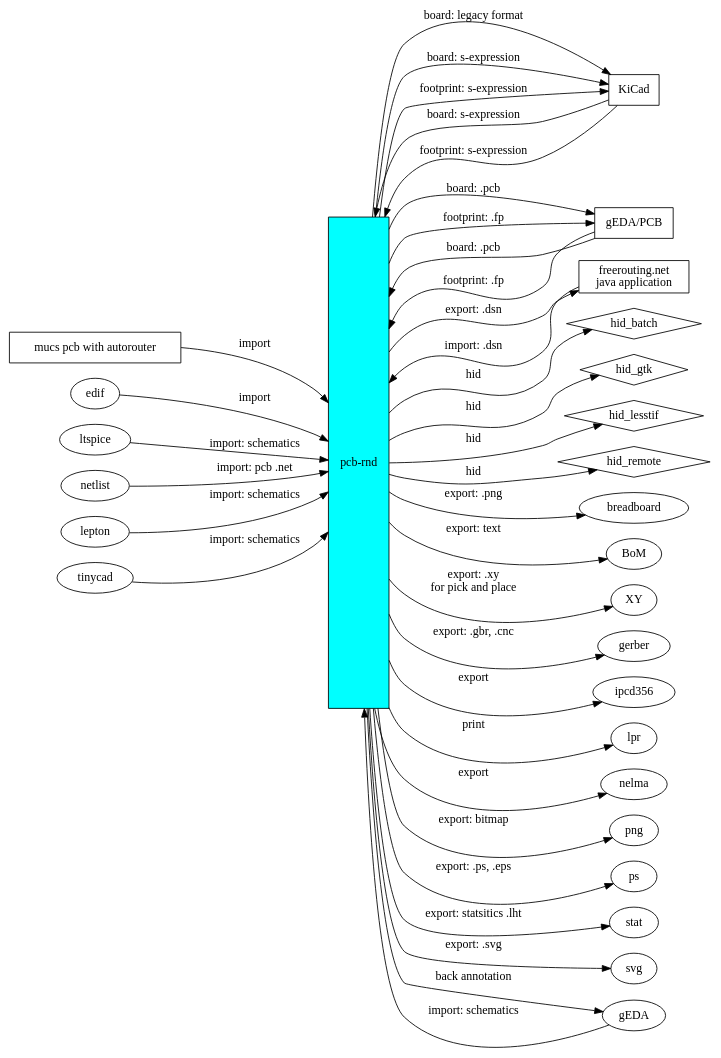
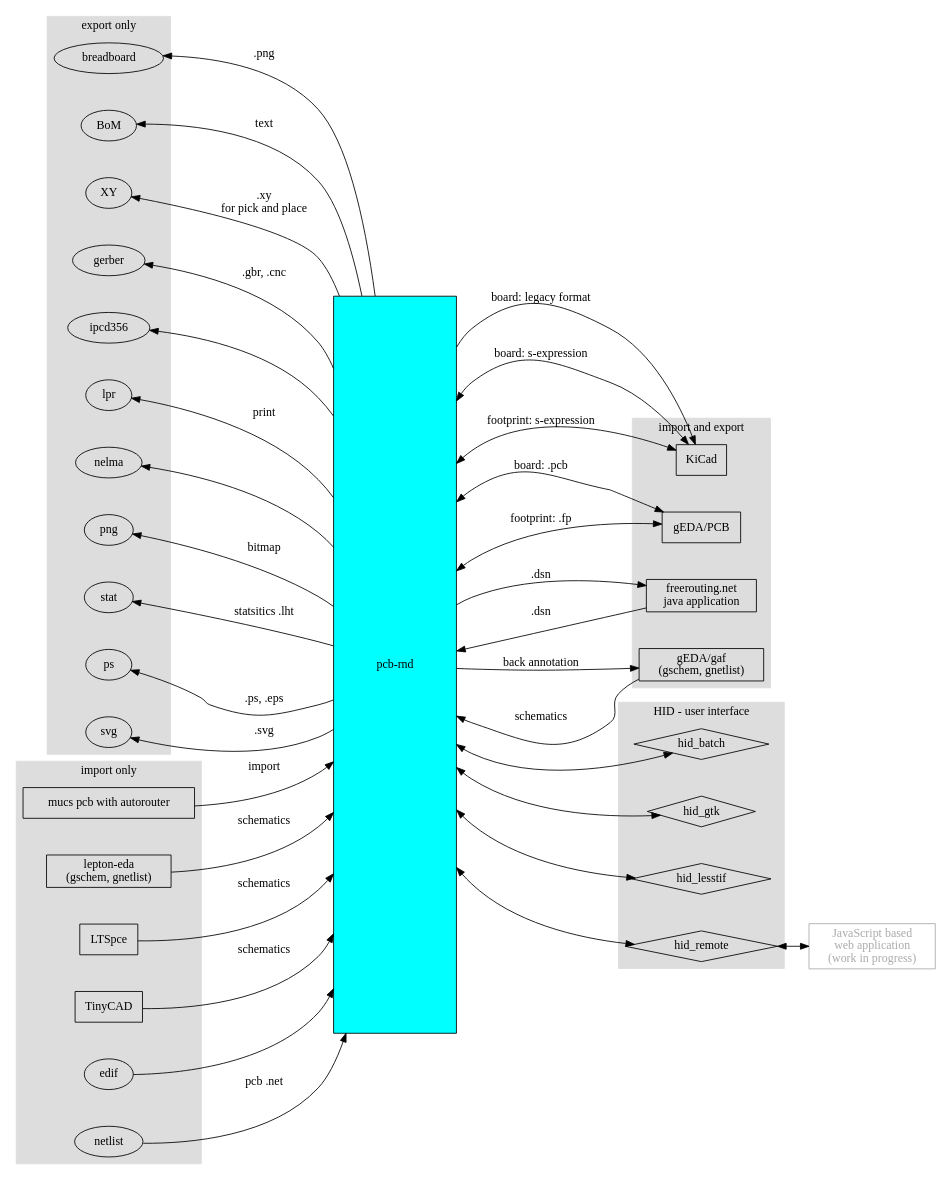
The diagram in doc/developer/bridges/bridges.dot (NoSuchProcess/pcb-rnd), drawn with Graphviz before and after one commit. The commit also changed 1 other file, not shown here.

```diff
--- a/doc/developer/bridges/bridges.dot
+++ b/doc/developer/bridges/bridges.dot
@@ -1,54 +1,110 @@
 digraph gr {
 	rankdir=LR
+	nodesep=0.6
 	
-	pcbrnd [label="pcb-rnd" style=filled fillcolor=cyan shape=box height=8]
+	pcbrnd [label="pcb-rnd" style=filled fillcolor=cyan shape=box height=12 width=2]
 	kicad [label="KiCad" shape=box]
 	pcb [label="gEDA/PCB" shape=box]
 	freerouting [label="freerouting.net\njava application" shape=box]
 	mucs [label="mucs pcb with autorouter" shape=box]
+	gEDA [label="gEDA/gaf\n(gschem, gnetlist)" shape=box]
+	lepton [label="lepton-eda\n(gschem, gnetlist)" shape=box]
+	ltspice [label="LTSpce" shape=box]
+	tinycad [label="TinyCAD" shape=box]
+	web [label="JavaScript based\nweb application\n(work in progress)" shape=box color="#aaaaaa" fontcolor="#aaaaaa"]
 
-	batch   [label="hid_batch" shape=diamond]
-	gtk     [label="hid_gtk" shape=diamond]
-	lesstif [label="hid_lesstif" shape=diamond]
-	remote  [label="hid_remote" shape=diamond]
+
+	subgraph cluster_HID {
+		label = "HID - user interface"
+		style=filled
+		color="#dddddd"
+
+		batch   [label="hid_batch" shape=diamond]
+		gtk     [label="hid_gtk" shape=diamond]
+		lesstif [label="hid_lesstif" shape=diamond]
+		remote  [label="hid_remote" shape=diamond]
+	}
+
+	subgraph cluster_import {
+		label = "import only"
+		style=filled
+		color="#dddddd"
+
+		lepton
+		mucs
+		edif
+		ltspice
+		netlist
+		tinycad
+	}
+
+	subgraph cluster_export {
+		label = "export only"
+		style=filled
+		color="#dddddd"
+
+		breadboard
+		BoM
+		XY
+		gerber
+		ipcd356
+		lpr
+		nelma
+		png
+		ps
+		stat
+		svg
+	}
+
+	subgraph cluster_ie {
+		label = "import and export"
+		style=filled
+		color="#dddddd"
+
+		gEDA
+		kicad
+		pcb
+		freerouting
+	}
 
 	pcbrnd -> kicad [label="board: legacy format"]
-	pcbrnd -> kicad [label="board: s-expression"]
-	kicad -> pcbrnd [label="board: s-expression"]
-	pcbrnd -> kicad [label="footprint: s-expression"]
-	kicad -> pcbrnd [label="footprint: s-expression"]
+	pcbrnd -> kicad [label="board: s-expression" dir=both]
+	pcbrnd -> kicad [label="footprint: s-expression" dir=both]
 
-	pcbrnd -> pcb [label="board: .pcb"]
-	pcbrnd -> pcb [label="footprint: .fp"]
-	pcb -> pcbrnd [label="board: .pcb"]
-	pcb -> pcbrnd [label="footprint: .fp"]
 
-	pcbrnd -> freerouting [label="export: .dsn"]
-	freerouting -> pcbrnd [label="import: .dsn"]
+	pcbrnd -> pcb [label="board: .pcb" dir=both]
+	pcbrnd -> pcb [label="footprint: .fp" dir=both]
+
+	pcbrnd -> freerouting [label=".dsn"]
+	freerouting -> pcbrnd [label=".dsn"]
 	mucs -> pcbrnd [label="import"]
 
-	pcbrnd -> breadboard [label="export: .png"]
-	pcbrnd -> BoM [label="export: text"]
-	pcbrnd -> XY [label="export: .xy\nfor pick and place"]
-	pcbrnd -> gerber [label="export: .gbr, .cnc"]
-	pcbrnd -> ipcd356 [label="export"]
+	pcbrnd -> breadboard [label=".png"]
+	pcbrnd -> BoM [label="text"]
+	pcbrnd -> XY [label=".xy\nfor pick and place"]
+	pcbrnd -> gerber [label=".gbr, .cnc"]
+	pcbrnd -> ipcd356
 	pcbrnd -> lpr [label="print"]
-	pcbrnd -> nelma [label="export"]
-	pcbrnd -> png [label="export: bitmap"]
-	pcbrnd -> ps [label="export: .ps, .eps"]
-	pcbrnd -> stat [label="export: statsitics .lht"]
-	pcbrnd -> svg [label="export: .svg"]
+	pcbrnd -> nelma
+	pcbrnd -> png [label="bitmap"]
+	pcbrnd -> ps [label=".ps, .eps"]
+	pcbrnd -> stat [label="statsitics .lht"]
+	pcbrnd -> svg [label=".svg"]
 
-	edif -> pcbrnd [label="import"]
-	ltspice -> pcbrnd [label="import: schematics"]
-	netlist -> pcbrnd [label="import: pcb .net"]
-	lepton -> pcbrnd [label="import: schematics"]
-	gEDA -> pcbrnd [label="import: schematics"]
-	pcbrnd -> gEDA [label="back annotation"]
-	tinycad -> pcbrnd [label="import: schematics"]
+	edif -> pcbrnd
+	ltspice -> pcbrnd [label="schematics"]
+	netlist -> pcbrnd [label="pcb .net"]
+	lepton -> pcbrnd [label="schematics"]
+	gEDA -> pcbrnd [label="schematics"]
+	pcbrnd -> gEDA [label="back annotation" weight=10]
+	tinycad -> pcbrnd [label="schematics"]
 
-	pcbrnd -> batch [label="hid"]
-	pcbrnd -> gtk [label="hid"]
-	pcbrnd -> lesstif [label="hid"]
-	pcbrnd -> remote [label="hid"]
+	pcbrnd -> batch [dir=both]
+	pcbrnd -> gtk [dir=both]
+	pcbrnd -> lesstif [dir=both]
+	pcbrnd -> remote [dir=both]
+
+	remote -> web [dir=both]
+
+	ps -> pcbrnd [weight=1000 style=invis]
 }
```
